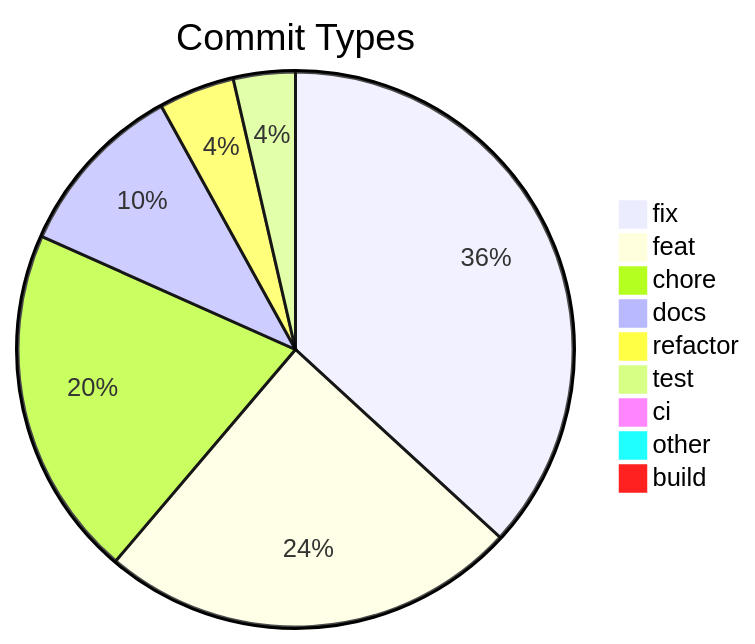
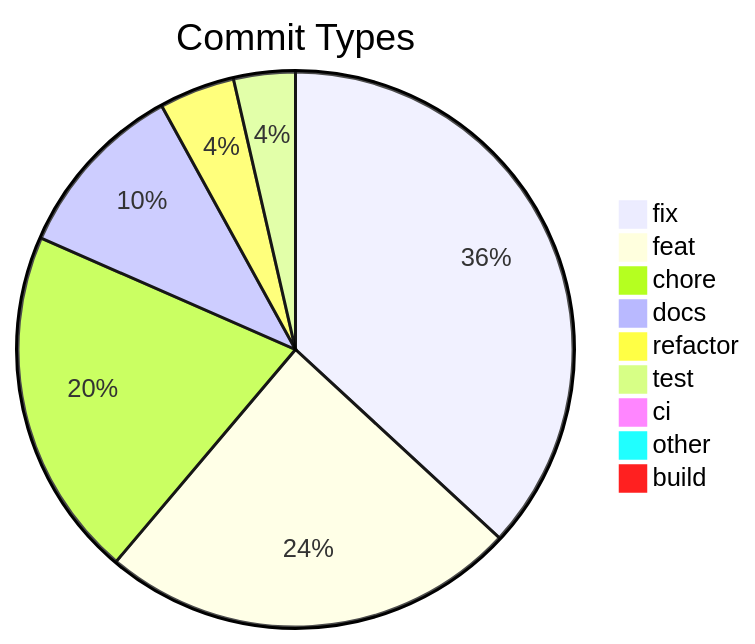
The diagram in .shipwright/compliance/change-history.md (svenroth-ai/shipwright-webui), drawn with Mermaid before and after one commit. The commit also changed other lines of this file and 22 other files, not shown here.

````diff
--- a/.shipwright/compliance/change-history.md
+++ b/.shipwright/compliance/change-history.md
@@ -8,12 +8,12 @@
 ```mermaid
 pie title Commit Types
-    "fix" : 225
+    "fix" : 226
     "feat" : 149
     "chore" : 125
-    "docs" : 63
+    "docs" : 64
     "refactor" : 27
     "test" : 22
     "ci" : 6
     "other" : 4
     "build" : 1
 ```
````
